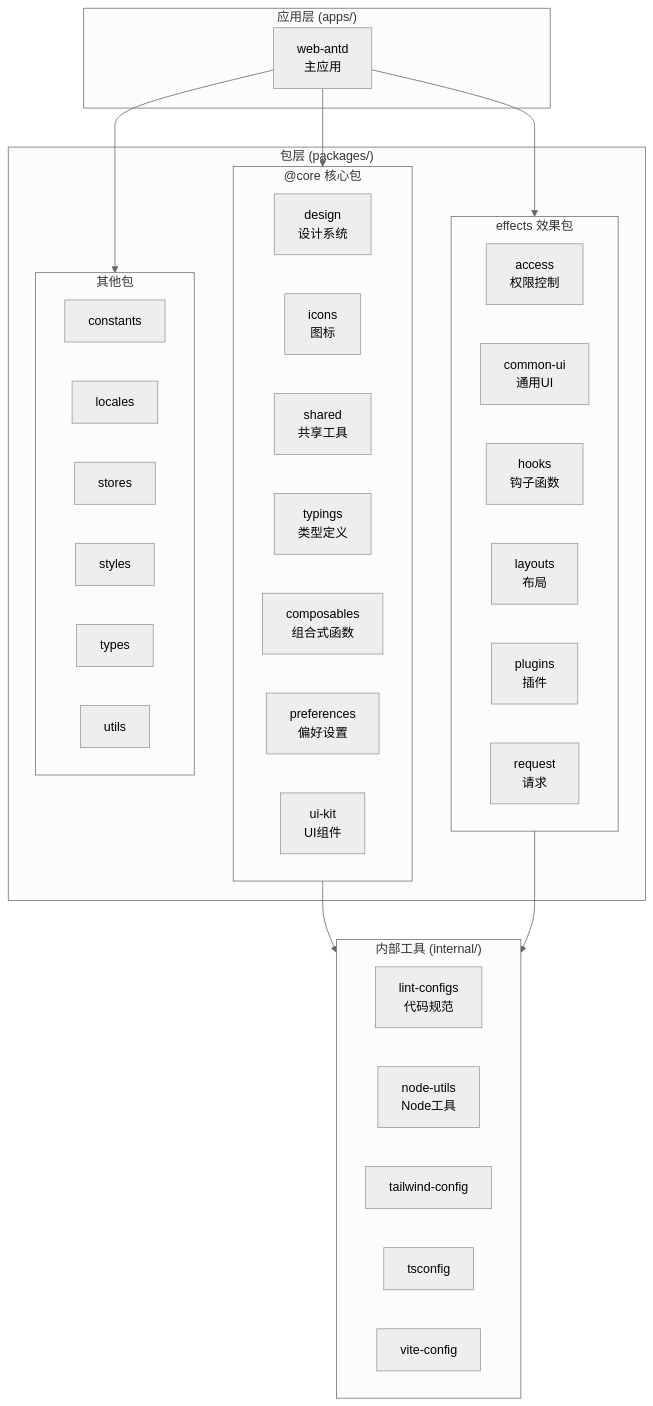
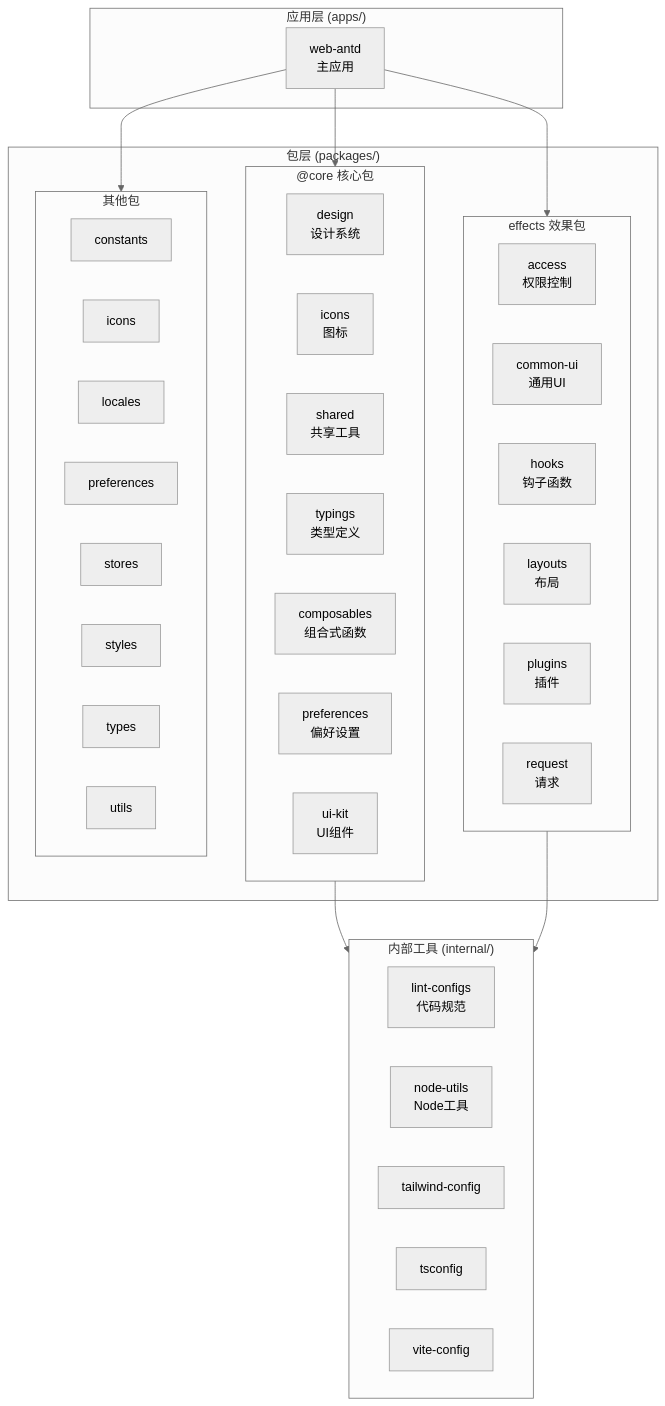
One commit to fcmyoo/fastapi_best_architecture_ui changed the diagram in CLAUDE.md. Above: the diagram before and after it, drawn with Mermaid (neutral theme). The commit also changed other lines of this file and 2 other files, not shown here.

Commit message:
docs: update CLAUDE.md documentation
- Add missing packages (icons, preferences) to architecture diagram
- Add missing router modules (profile, demos, vben) to web-antd docs
- Add dashboard view and index.ts to detective plugin structure
- Update module index table with complete package list

````diff
--- a/CLAUDE.md
+++ b/CLAUDE.md
@@ -23,50 +23,52 @@
 ```mermaid
 graph TB
     subgraph Apps["应用层 (apps/)"]
         WebAntd["web-antd<br/>主应用"]
     end
 
     subgraph Packages["包层 (packages/)"]
         subgraph Core["@core 核心包"]
             Design["design<br/>设计系统"]
             Icons["icons<br/>图标"]
             Shared["shared<br/>共享工具"]
             Typings["typings<br/>类型定义"]
             Composables["composables<br/>组合式函数"]
             Preferences["preferences<br/>偏好设置"]
             UIKit["ui-kit<br/>UI组件"]
         end
 
         subgraph Effects["effects 效果包"]
             Access["access<br/>权限控制"]
             CommonUI["common-ui<br/>通用UI"]
             Hooks["hooks<br/>钩子函数"]
             Layouts["layouts<br/>布局"]
             Plugins["plugins<br/>插件"]
             Request["request<br/>请求"]
         end
 
         subgraph Others["其他包"]
             Constants["constants"]
+            Icons2["icons"]
             Locales["locales"]
+            Preferences2["preferences"]
             Stores["stores"]
             Styles["styles"]
             Types["types"]
             Utils["utils"]
         end
     end
 
     subgraph Internal["内部工具 (internal/)"]
         LintConfigs["lint-configs<br/>代码规范"]
         NodeUtils["node-utils<br/>Node工具"]
         TailwindConfig["tailwind-config"]
         TSConfig["tsconfig"]
         ViteConfig["vite-config"]
     end
 
     WebAntd --> Core
     WebAntd --> Effects
     WebAntd --> Others
     Core --> Internal
     Effects --> Internal
 ```
````
